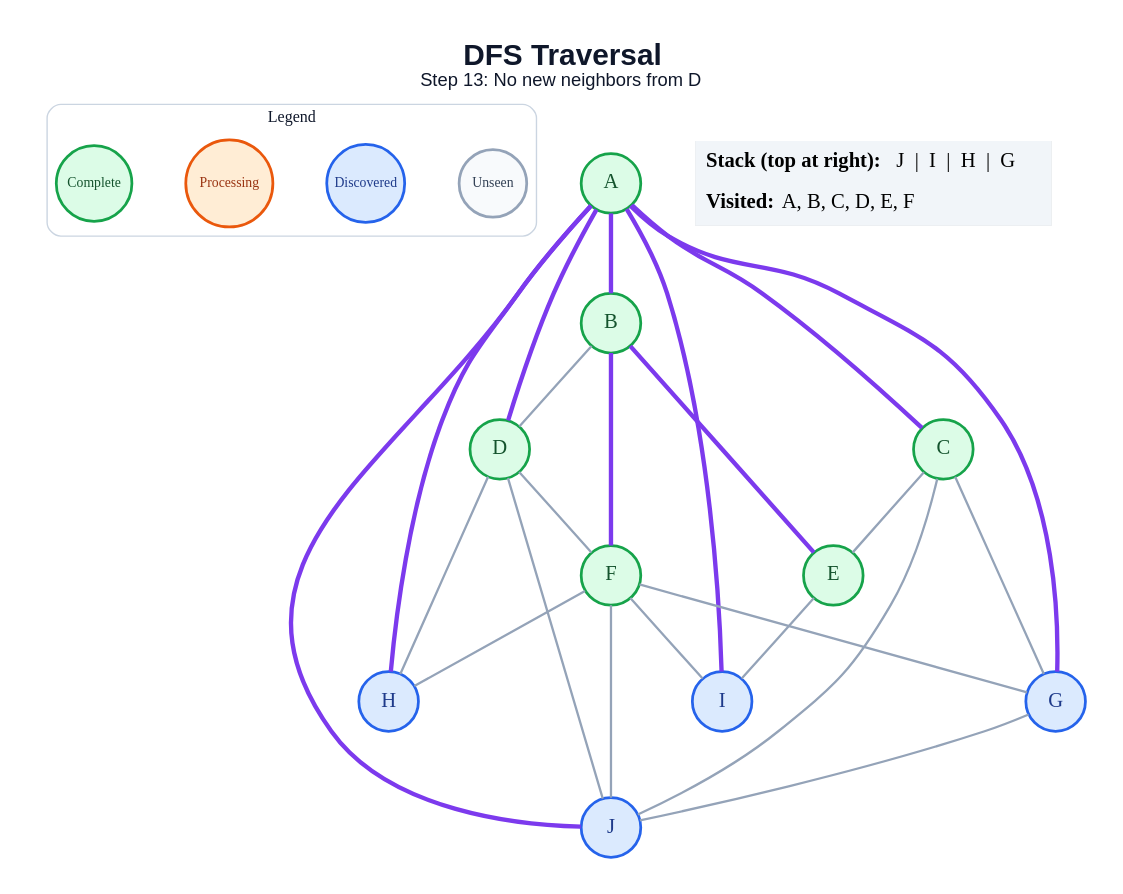
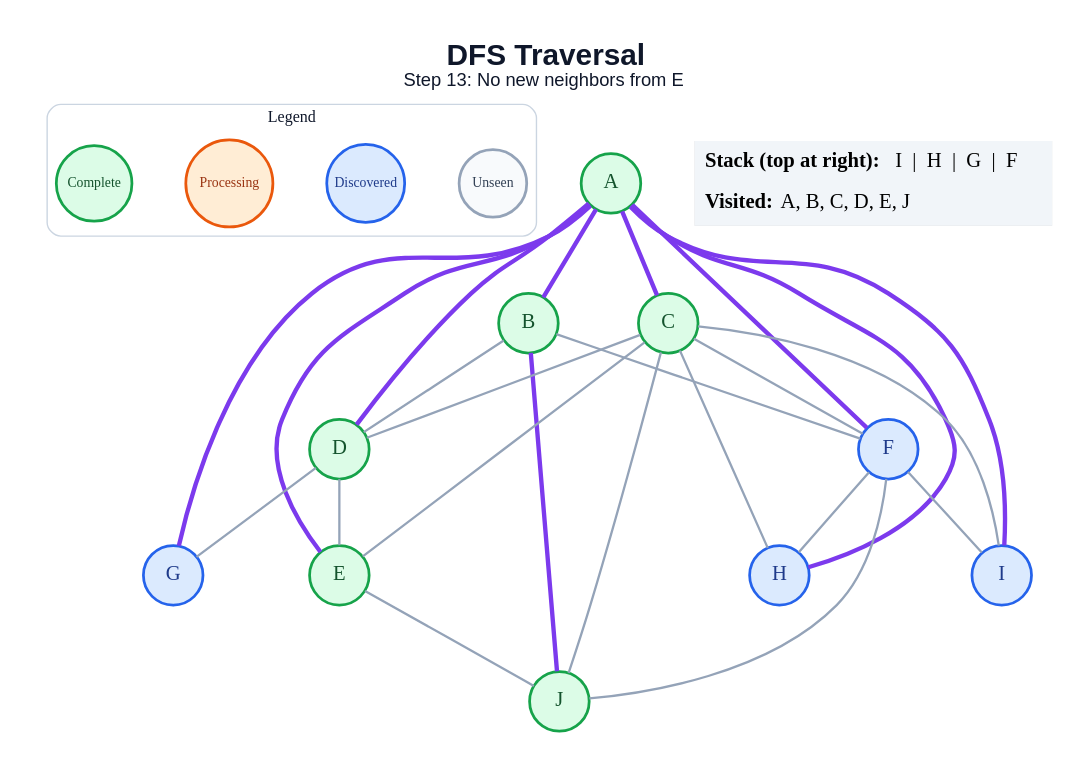
One commit to amanghodawala9/ai-slop changed the diagram in generated/dfs/step_13.dot. Above: the diagram before and after it, drawn with Graphviz. The commit also changed 178 other files, not shown here.

```diff
--- a/generated/dfs/step_13.dot
+++ b/generated/dfs/step_13.dot
@@ -1,51 +1,52 @@
 graph traversal {
   graph [layout=dot, rankdir=TB, bgcolor="#FFFFFF", pad="0.35", nodesep="0.65", ranksep="0.8", fontname="Arial"];
   node [shape=circle, style="filled", fontname="Arial Bold", fontsize=18, width=0.72, fixedsize=true, penwidth=2.4];
   edge [color="#94A3B8", penwidth=2.0];
-  label=<<B>DFS Traversal</B><BR/><FONT POINT-SIZE="16">Step 13: No new neighbors from D</FONT>>; labelloc="t"; fontsize=26; fontname="Arial"; fontcolor="#0F172A";
+  label=<<B>DFS Traversal</B><BR/><FONT POINT-SIZE="16">Step 13: No new neighbors from E</FONT>>; labelloc="t"; fontsize=26; fontname="Arial"; fontcolor="#0F172A";
   subgraph cluster_legend { label="Legend"; color="#CBD5E1"; penwidth=1.2; style="rounded"; fontsize=14; fontname="Arial Bold";
     key_unseen [label="Unseen", fillcolor="#F8FAFC", color="#94A3B8", fontcolor="#334155", fontsize=12, width=0.82];
     key_frontier [label="Discovered", fillcolor="#DBEAFE", color="#2563EB", fontcolor="#1E3A8A", fontsize=12, width=0.95];
     key_current [label="Processing", fillcolor="#FFEDD5", color="#EA580C", fontcolor="#9A3412", fontsize=12, width=1.05];
     key_done [label="Complete", fillcolor="#DCFCE7", color="#16A34A", fontcolor="#14532D", fontsize=12, width=0.92];
     { rank=same; key_unseen; key_frontier; key_current; key_done; }
   }
   A [fillcolor="#DCFCE7", color="#16A34A", fontcolor="#14532D"];
   B [fillcolor="#DCFCE7", color="#16A34A", fontcolor="#14532D"];
   C [fillcolor="#DCFCE7", color="#16A34A", fontcolor="#14532D"];
   D [fillcolor="#DCFCE7", color="#16A34A", fontcolor="#14532D"];
   E [fillcolor="#DCFCE7", color="#16A34A", fontcolor="#14532D"];
-  F [fillcolor="#DCFCE7", color="#16A34A", fontcolor="#14532D"];
+  F [fillcolor="#DBEAFE", color="#2563EB", fontcolor="#1E3A8A"];
   G [fillcolor="#DBEAFE", color="#2563EB", fontcolor="#1E3A8A"];
   H [fillcolor="#DBEAFE", color="#2563EB", fontcolor="#1E3A8A"];
   I [fillcolor="#DBEAFE", color="#2563EB", fontcolor="#1E3A8A"];
-  J [fillcolor="#DBEAFE", color="#2563EB", fontcolor="#1E3A8A"];
+  J [fillcolor="#DCFCE7", color="#16A34A", fontcolor="#14532D"];
   A -- B [color="#7C3AED", penwidth=3.8];
   A -- C [color="#7C3AED", penwidth=3.8];
   A -- D [color="#7C3AED", penwidth=3.8];
+  A -- E [color="#7C3AED", penwidth=3.8];
+  A -- F [color="#7C3AED", penwidth=3.8];
   A -- G [color="#7C3AED", penwidth=3.8];
   A -- H [color="#7C3AED", penwidth=3.8];
   A -- I [color="#7C3AED", penwidth=3.8];
-  A -- J [color="#7C3AED", penwidth=3.8];
   B -- D;
-  B -- E [color="#7C3AED", penwidth=3.8];
-  B -- F [color="#7C3AED", penwidth=3.8];
+  B -- F;
+  B -- J [color="#7C3AED", penwidth=3.8];
+  C -- D;
   C -- E;
-  C -- G;
+  C -- F;
+  C -- H;
+  C -- I;
   C -- J;
-  D -- F;
-  D -- H;
-  D -- J;
-  E -- I;
-  F -- G;
+  D -- E;
+  D -- G;
+  E -- J;
   F -- H;
   F -- I;
   F -- J;
-  G -- J;
   status [shape=plain, fixedsize=false, width=0, height=0, margin=0, label=<
     <TABLE BORDER="0" CELLBORDER="0" CELLPADDING="7" BGCOLOR="#F1F5F9">
-      <TR><TD ALIGN="LEFT"><B>Stack (top at right):</B> J  |  I  |  H  |  G</TD></TR>
-      <TR><TD ALIGN="LEFT"><B>Visited:</B> A, B, C, D, E, F</TD></TR>
+      <TR><TD ALIGN="LEFT"><B>Stack (top at right):</B> I  |  H  |  G  |  F</TD></TR>
+      <TR><TD ALIGN="LEFT"><B>Visited:</B> A, B, C, D, E, J</TD></TR>
     </TABLE>
   >];
 }
```
